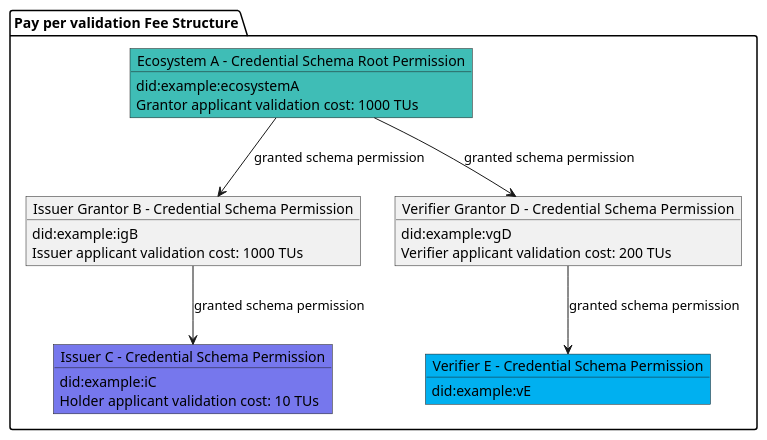
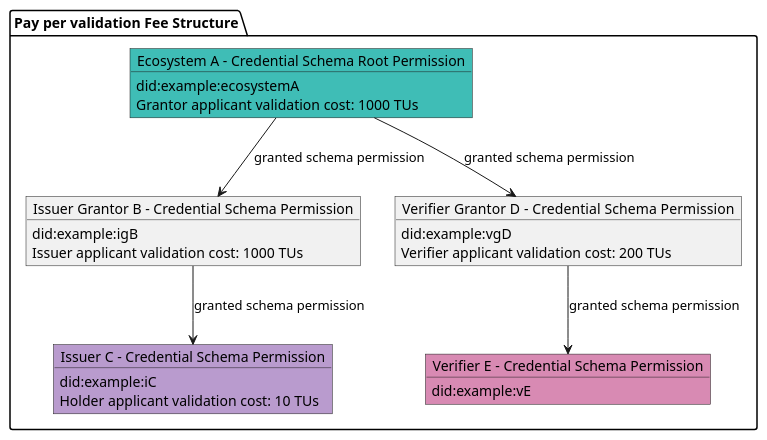
The second of 5 diagrams in docs/learn/verifiable-public-registry/60-onboarding-participants.md (verana-labs/verana-docs), drawn with PlantUML before and after one commit. The commit also changed other lines of this file and 5 other files, not shown here.

````diff
--- a/docs/learn/verifiable-public-registry/60-onboarding-participants.md
+++ b/docs/learn/verifiable-public-registry/60-onboarding-participants.md
@@ -99,37 +99,37 @@
 ```plantuml
 
 @startuml
 scale max 800 width
  
 package "Pay per validation Fee Structure" as cs {
 
     object "Ecosystem A - Credential Schema Root Permission" as tr #3fbdb6 {
         did:example:ecosystemA
         Grantor applicant validation cost: 1000 TUs
     }
     object "Issuer Grantor B - Credential Schema Permission" as ig {
         did:example:igB
         Issuer applicant validation cost: 1000 TUs
     }
-    object "Issuer C - Credential Schema Permission" as issuer #7677ed  {
+    object "Issuer C - Credential Schema Permission" as issuer #b99bce  {
         did:example:iC
         Holder applicant validation cost: 10 TUs
     }
     object "Verifier Grantor D -  Credential Schema Permission" as vg {
         did:example:vgD
         Verifier applicant validation cost: 200 TUs
     }
-    object "Verifier E - Credential Schema Permission" as verifier #00b0f0 {
+    object "Verifier E - Credential Schema Permission" as verifier #D88AB3 {
         did:example:vE
     }
 }
 
 tr --> ig : granted schema permission
 ig --> issuer : granted schema permission
 
 tr --> vg : granted schema permission
 vg --> verifier : granted schema permission
 
 @enduml
 
 ```
````
